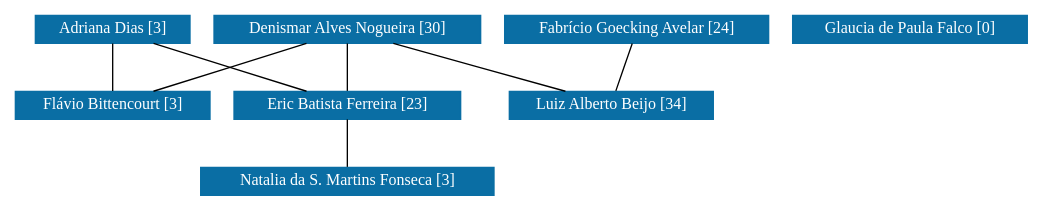
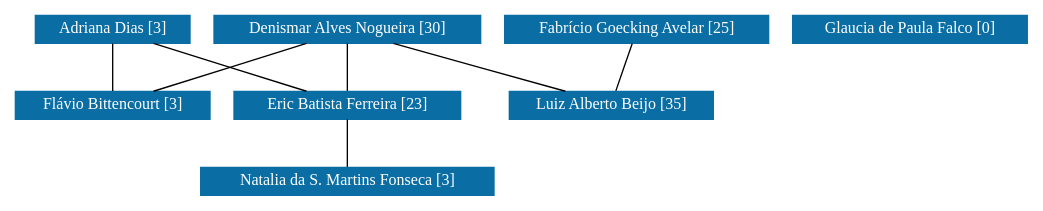
Before and after one commit to icamps/unifal-lattes.github.io: the diagram in de/grafoDeColaboracoesSemPesos.dot, drawn with Graphviz. The commit also changed 730 other files, not shown here.

```diff
--- a/de/grafoDeColaboracoesSemPesos.dot
+++ b/de/grafoDeColaboracoesSemPesos.dot
@@ -1,74 +1,74 @@
 strict graph grafo1 {
 	graph [bb="0,0,625.5,135",
 		id=grafo1,
 		overlap=False
 	];
 	node [fontsize=12,
 		label="\N",
 		shape=rectangle,
 		style=filled
 	];
 	0	 [URL="membro-9808310940421979.html",
 		color="#0A6EA4",
 		fontcolor="#FFFFFF",
 		height=0.29167,
 		label="Adriana Dias [3]",
 		pos="59.5,124.5",
 		width=1.3333];
 	2	 [URL="membro-9965398009651936.html",
 		color="#0A6EA4",
 		fontcolor="#FFFFFF",
 		height=0.29167,
 		label="Eric Batista Ferreira [23]",
 		pos="205.5,67.5",
 		width=1.8889];
 	0 -- 2	 [pos="86.619,113.91 112.84,103.67 152.35,88.25 178.53,78.031"];
 	4	 [URL="membro-6581499944728910.html",
 		color="#0A6EA4",
 		fontcolor="#FFFFFF",
 		height=0.29167,
 		label="Flávio Bittencourt [3]",
 		pos="59.5,67.5",
 		width=1.6528];
 	0 -- 4	 [pos="59.5,113.78 59.5,103.59 59.5,88.348 59.5,78.173"];
 	7	 [URL="membro-3374954104030940.html",
 		color="#0A6EA4",
 		fontcolor="#FFFFFF",
 		height=0.29167,
 		label="Natalia da S. Martins Fonseca [3]",
 		pos="205.5,10.5",
 		width=2.4444];
 	2 -- 7	 [pos="205.5,56.779 205.5,46.588 205.5,31.348 205.5,21.173"];
 	1	 [URL="membro-3858924778362309.html",
 		color="#0A6EA4",
 		fontcolor="#FFFFFF",
 		height=0.29167,
 		label="Denismar Alves Nogueira [30]",
 		pos="206.5,124.5",
 		width=2.2361];
 	1 -- 2	 [pos="206.31,113.78 206.13,103.59 205.87,88.348 205.69,78.173"];
 	1 -- 4	 [pos="179.19,113.91 152.79,103.67 113.01,88.25 86.659,78.031"];
 	6	 [URL="membro-8194104388434526.html",
 		color="#0A6EA4",
 		fontcolor="#FFFFFF",
 		height=0.29167,
-		label="Luiz Alberto Beijo [34]",
+		label="Luiz Alberto Beijo [35]",
 		pos="370.5,67.5",
 		width=1.7778];
 	1 -- 6	 [pos="236.96,113.91 266.42,103.67 310.8,88.25 340.2,78.031"];
 	3	 [URL="membro-6886514520601172.html",
 		color="#0A6EA4",
 		fontcolor="#FFFFFF",
 		height=0.29167,
-		label="Fabrício Goecking Avelar [24]",
+		label="Fabrício Goecking Avelar [25]",
 		pos="385.5,124.5",
 		width=2.2222];
 	3 -- 6	 [pos="382.68,113.78 380,103.59 375.99,88.348 373.31,78.173"];
 	5	 [URL="membro-4404511957654050.html",
 		color="#0A6EA4",
 		fontcolor="#FFFFFF",
 		height=0.29167,
 		label="Glaucia de Paula Falco [0]",
 		pos="554.5,124.5",
 		width=1.9722];
 }
```
